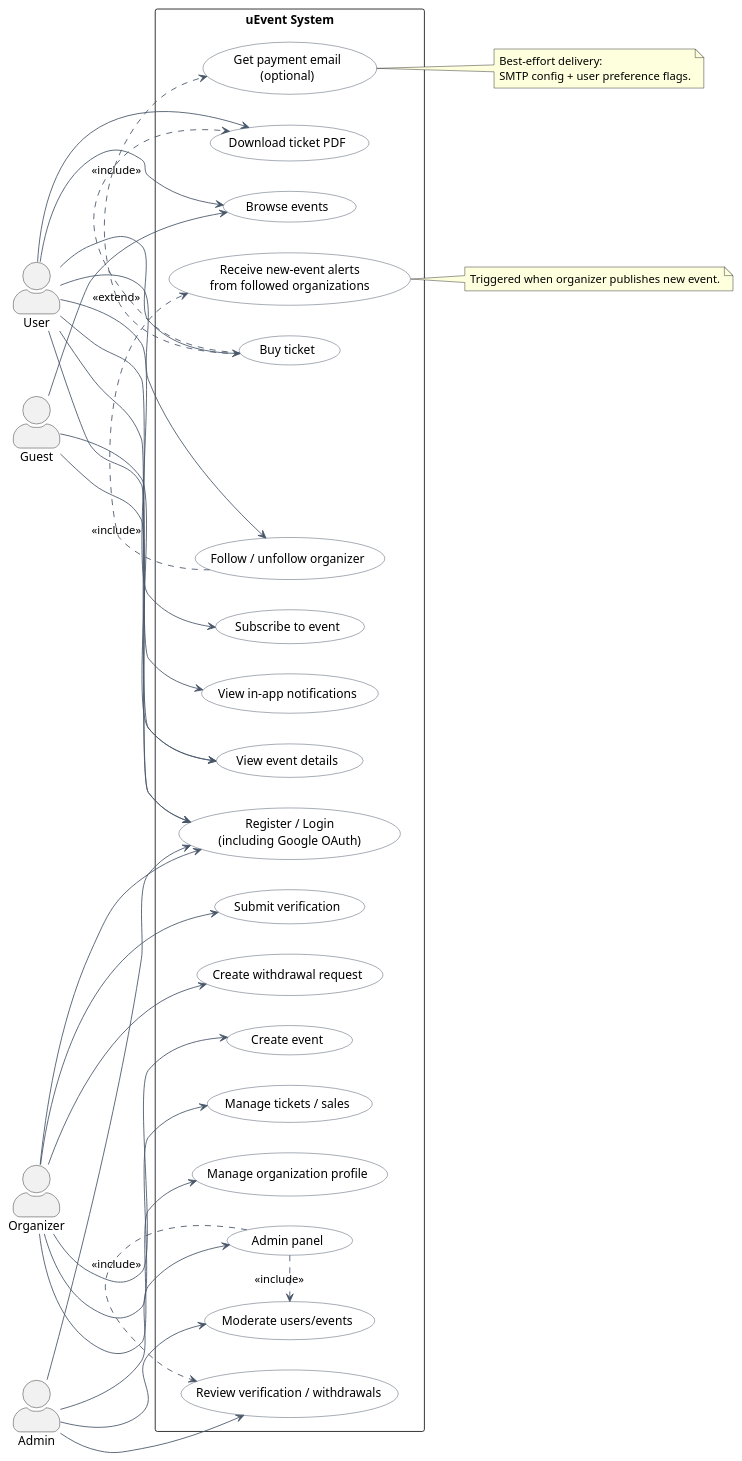
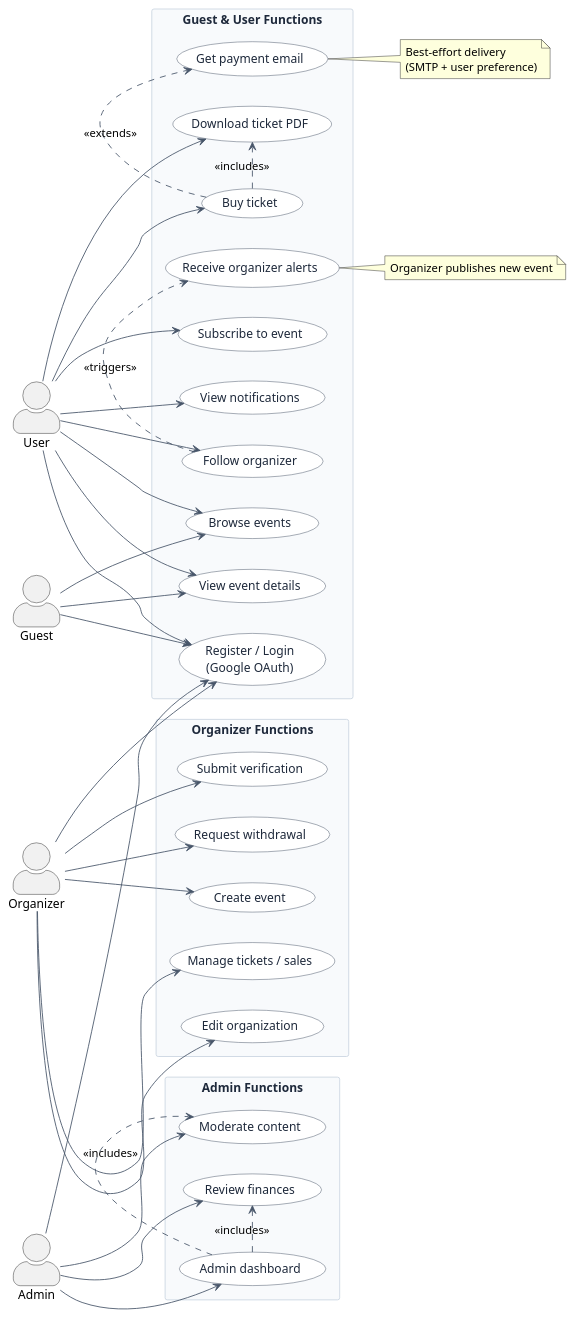
The diagram in use-case.md (Lordpluha/uevent), drawn with PlantUML before and after one commit.

Commit message:
diagrams

```diff
--- a/use-case.md
+++ b/use-case.md
@@ -1,12 +1,21 @@
 @startuml
 left to right direction
 skinparam shadowing false
-skinparam packageStyle rectangle
 skinparam actorStyle awesome
+skinparam nodesep 35
+skinparam ranksep 40
+
 skinparam usecase {
   BackgroundColor #FFFFFF
   BorderColor #334155
   ArrowColor #475569
+  FontColor #1E293B
+}
+
+skinparam rectangle {
+  BackgroundColor #F8FAFC
+  BorderColor #CBD5E1
+  FontColor #1E293B
 }
 
 actor Guest
@@ -14,44 +23,50 @@
 actor Organizer
 actor Admin
 
-rectangle "uEvent System" {
+rectangle "Guest & User Functions" {
   usecase "Browse events" as UC_BROWSE
   usecase "View event details" as UC_VIEW_EVENT
-  usecase "Register / Login\n(including Google OAuth)" as UC_AUTH
+  usecase "Register / Login\n(Google OAuth)" as UC_AUTH
+  usecase "Subscribe to event" as UC_SUB_EVENT
+  usecase "Follow organizer" as UC_FOLLOW_ORG
+  usecase "Buy ticket" as UC_BUY
+  usecase "Download ticket PDF" as UC_PDF
+  usecase "View notifications" as UC_NOTIFS
+  usecase "Receive organizer alerts" as UC_ALERTS
+  usecase "Get payment email" as UC_EMAIL
+}
 
-  usecase "Subscribe to event" as UC_SUB_EVENT
-  usecase "Follow / unfollow organizer" as UC_FOLLOW_ORG
-  usecase "Buy ticket" as UC_BUY
-  usecase "View in-app notifications" as UC_NOTIFS
-  usecase "Get payment email\n(optional)" as UC_EMAIL
-  usecase "Download ticket PDF" as UC_PDF
-
+rectangle "Organizer Functions" {
   usecase "Create event" as UC_CREATE_EVENT
   usecase "Manage tickets / sales" as UC_MANAGE_TICKETS
-  usecase "Manage organization profile" as UC_MANAGE_ORG
+  usecase "Edit organization" as UC_MANAGE_ORG
   usecase "Submit verification" as UC_VERIFY
-  usecase "Create withdrawal request" as UC_WITHDRAW
-
-  usecase "Admin panel" as UC_ADMIN
-  usecase "Moderate users/events" as UC_MODERATE
-  usecase "Review verification / withdrawals" as UC_FIN_REVIEW
-
-  usecase "Receive new-event alerts\nfrom followed organizations" as UC_ALERTS
+  usecase "Request withdrawal" as UC_WITHDRAW
 }
 
+rectangle "Admin Functions" {
+  usecase "Admin dashboard" as UC_ADMIN
+  usecase "Moderate content" as UC_MODERATE
+  usecase "Review finances" as UC_FIN_REVIEW
+}
+
+
+' Guest interactions
 Guest --> UC_BROWSE
 Guest --> UC_VIEW_EVENT
 Guest --> UC_AUTH
 
+' User interactions
 User --> UC_BROWSE
 User --> UC_VIEW_EVENT
+User --> UC_AUTH
 User --> UC_SUB_EVENT
 User --> UC_FOLLOW_ORG
 User --> UC_BUY
+User --> UC_PDF
 User --> UC_NOTIFS
-User --> UC_PDF
-User --> UC_AUTH
 
+' Organizer interactions
 Organizer --> UC_AUTH
 Organizer --> UC_CREATE_EVENT
 Organizer --> UC_MANAGE_TICKETS
@@ -59,23 +74,25 @@
 Organizer --> UC_VERIFY
 Organizer --> UC_WITHDRAW
 
+' Admin interactions
 Admin --> UC_AUTH
 Admin --> UC_ADMIN
 Admin --> UC_MODERATE
 Admin --> UC_FIN_REVIEW
 
-UC_BUY .> UC_EMAIL : <<extend>>
-UC_FOLLOW_ORG .> UC_ALERTS : <<include>>
-UC_BUY .> UC_PDF : <<include>>
-UC_ADMIN .> UC_MODERATE : <<include>>
-UC_ADMIN .> UC_FIN_REVIEW : <<include>>
+' Relationships
+UC_BUY .> UC_EMAIL : <<extends>>
+UC_BUY .> UC_PDF : <<includes>>
+UC_FOLLOW_ORG .> UC_ALERTS : <<triggers>>
+UC_ADMIN .> UC_MODERATE : <<includes>>
+UC_ADMIN .> UC_FIN_REVIEW : <<includes>>
 
 note right of UC_EMAIL
-Best-effort delivery:
-SMTP config + user preference flags.
+  Best-effort delivery
+  (SMTP + user preference)
 end note
 
 note right of UC_ALERTS
-Triggered when organizer publishes new event.
+  Organizer publishes new event
 end note
 @enduml
```
